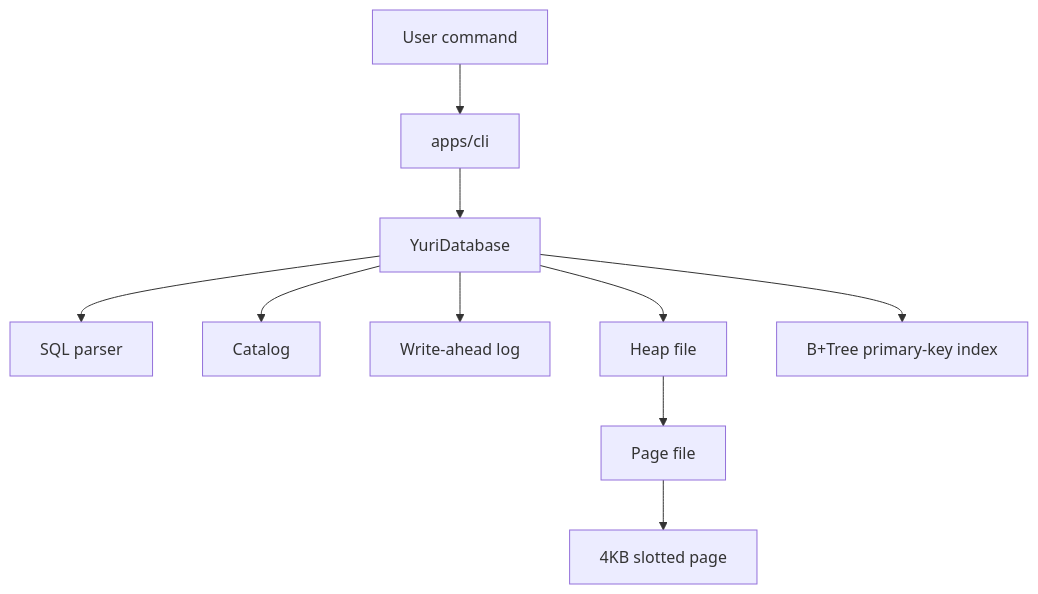
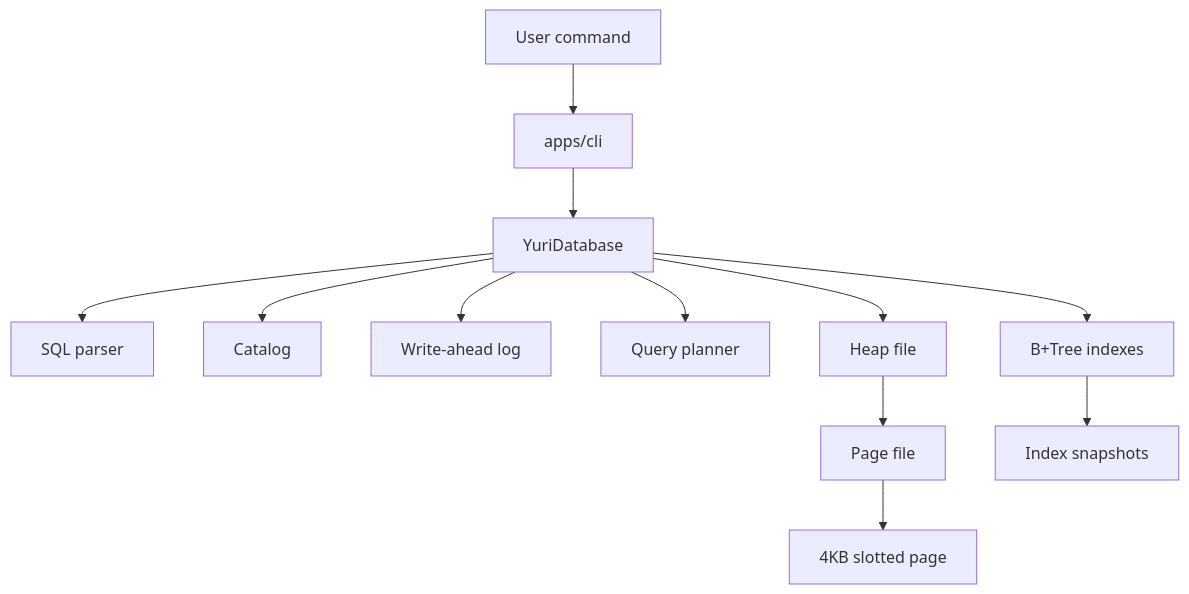
Before and after one commit to yuribarbosacouto/yuri-db-lab: the diagram in docs/ARCHITECTURE.md, drawn with Mermaid. The commit also changed other lines of this file and 23 other files, not shown here.

Commit message:
Expand database engine query and recovery features

````diff
--- a/docs/ARCHITECTURE.md
+++ b/docs/ARCHITECTURE.md
@@ -7,12 +7,14 @@
 ```mermaid
 flowchart TD
   User["User command"] --> CLI["apps/cli"]
   CLI --> Database["YuriDatabase"]
   Database --> Parser["SQL parser"]
   Database --> Catalog["Catalog"]
   Database --> Wal["Write-ahead log"]
+  Database --> Planner["Query planner"]
   Database --> Heap["Heap file"]
   Heap --> PageFile["Page file"]
   PageFile --> SlottedPage["4KB slotted page"]
-  Database --> BTree["B+Tree primary-key index"]
+  Database --> BTree["B+Tree indexes"]
+  BTree --> Snapshot["Index snapshots"]
 ```
````
